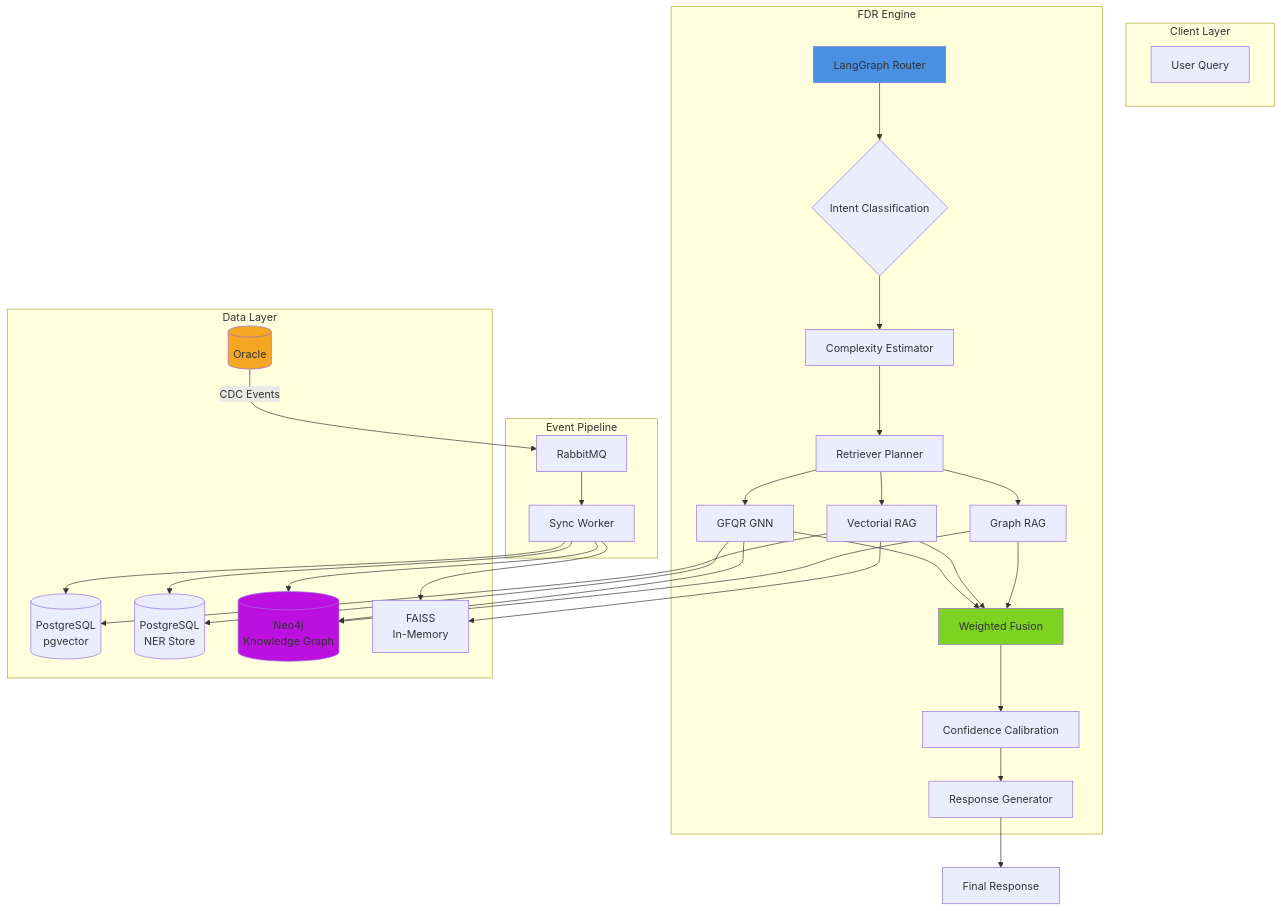
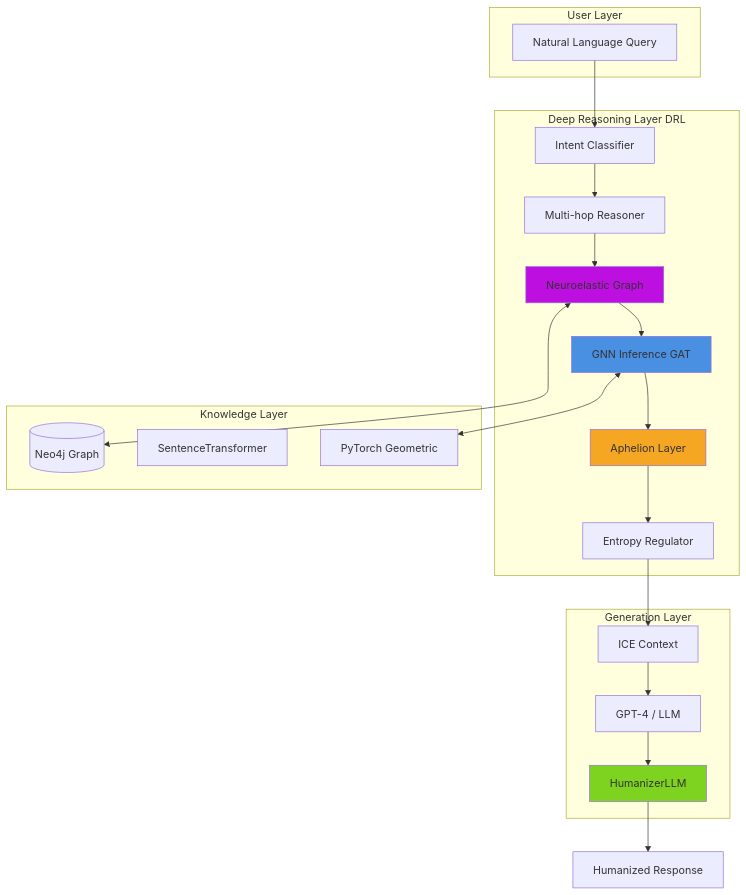
The first of 4 diagrams in README.md (viniruggeri/midas-fdr), drawn with Mermaid before and after one commit. The commit also changed other lines of this file and 1 other file, not shown here.

First line of the commit message:
docs: update README to reflect v2 architecture

````diff
--- a/README.md
+++ b/README.md
@@ -119,57 +121,40 @@
 ```mermaid
 graph TB
-    subgraph Client Layer
-        A[User Query]
+    subgraph User Layer
+        A[Natural Language Query]
     end
     
-    subgraph FDR Engine
-        B[LangGraph Router]
-        B --> C{Intent Classification}
-        C --> D[Complexity Estimator]
-        D --> E[Retriever Planner]
-        
-        E --> F[Graph RAG]
-        E --> G[Vectorial RAG]
-        E --> H[GFQR GNN]
-        
-        F --> I[Weighted Fusion]
-        G --> I
-        H --> I
-        
-        I --> J[Confidence Calibration]
-        J --> K[Response Generator]
+    subgraph Deep Reasoning Layer DRL
+        B[Intent Classifier]
+        B --> C[Multi-hop Reasoner]
+        C --> D[Neuroelastic Graph]
+        D --> E[GNN Inference GAT]
+        E --> F[Aphelion Layer]
+        F --> G[Entropy Regulator]
     end
     
-    subgraph Data Layer
-        L[(Oracle)]
-        M[(PostgreSQL<br/>pgvector)]
-        N[(PostgreSQL<br/>NER Store)]
-        O[(Neo4j<br/>Knowledge Graph)]
-        P[FAISS<br/>In-Memory]
+    subgraph Knowledge Layer
+        H[(Neo4j Graph)]
+        I[SentenceTransformer]
+        J[PyTorch Geometric]
     end
     
-    subgraph Event Pipeline
-        Q[RabbitMQ]
-        R[Sync Worker]
+    subgraph Generation Layer
+        K[GPT-4 / LLM]
+        L[HumanizerLLM]
+        M[ICE Context]
     end
     
-    L -->|CDC Events| Q
-    Q --> R
-    R --> M
-    R --> N
-    R --> O
-    R --> P
+    A --> B
+    D <--> H
+    E <--> J
+    G --> M
+    M --> K
+    K --> L
+    L --> N[Humanized Response]
     
-    F --> O
-    G --> M
-    G --> P
-    H --> O
-    H --> N
-    
-    K --> S[Final Response]
-    
-    style B fill:#4A90E2
-    style I fill:#7ED321
-    style L fill:#F5A623
-    style O fill:#BD10E0
+    style D fill:#BD10E0
+    style E fill:#4A90E2
+    style F fill:#F5A623
+    style L fill:#7ED321
 ```
````
